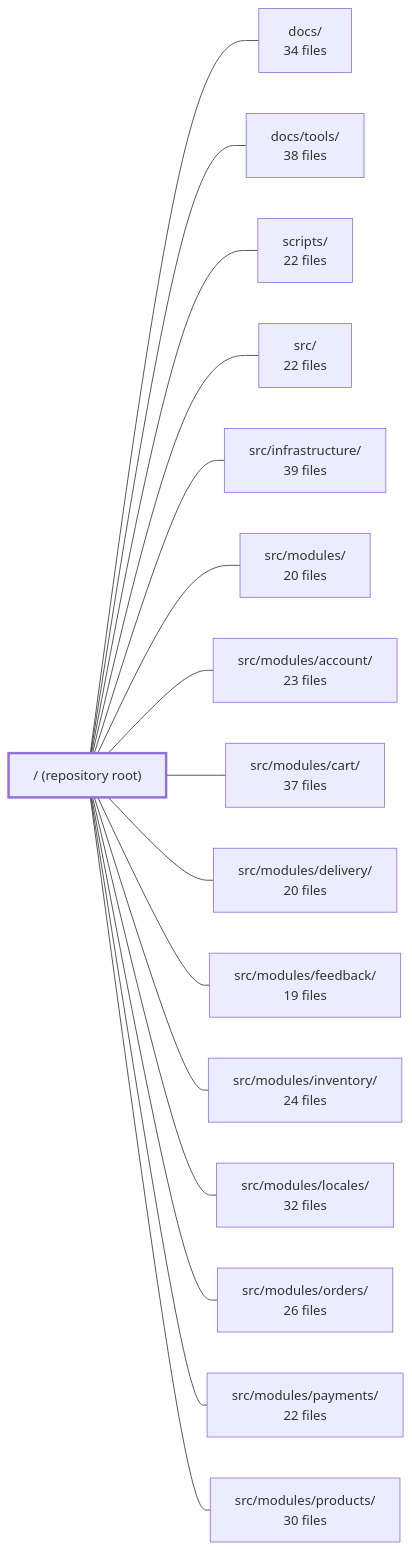
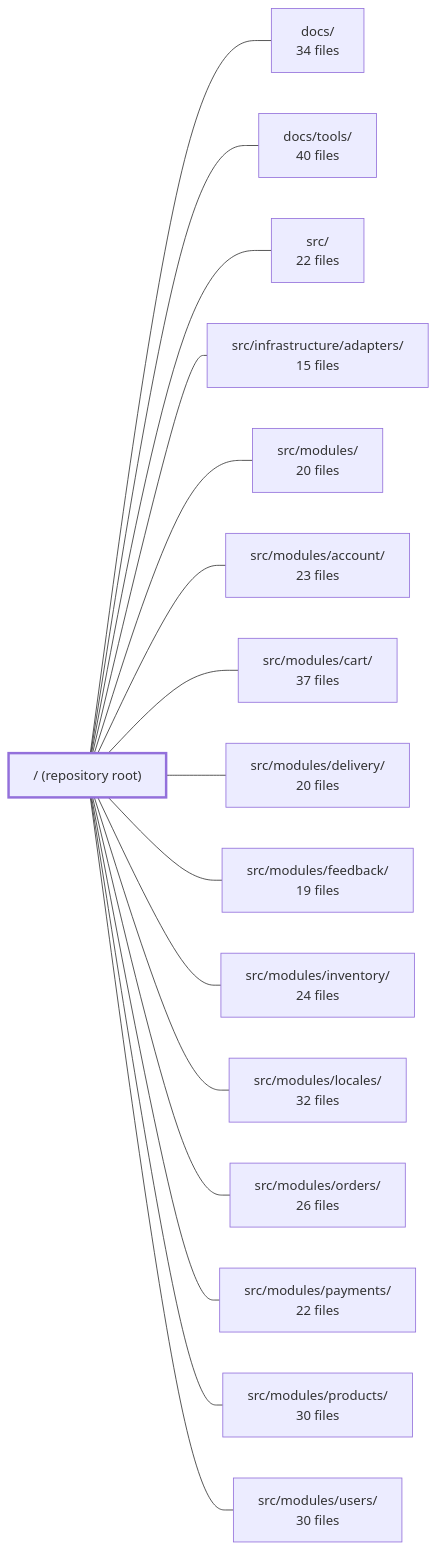
Before and after one commit to Guebbit/boilerplate-node-backend: the diagram in .2repo/modules/boilerplate-node-backend_ROOT.md, drawn with Mermaid. The commit also changed other lines of this file and 625 other files, not shown here.

````diff
--- a/.2repo/modules/boilerplate-node-backend_ROOT.md
+++ b/.2repo/modules/boilerplate-node-backend_ROOT.md
@@ -42,35 +41,35 @@
 ```mermaid
 flowchart LR
     m_root["/ (repository root)"]
     m_docs["docs/<br/>34 files"]
-    m_docs_tools["docs/tools/<br/>38 files"]
-    m_scripts["scripts/<br/>22 files"]
+    m_docs_tools["docs/tools/<br/>40 files"]
     m_src["src/<br/>22 files"]
-    m_src_infrastructure["src/infrastructure/<br/>39 files"]
+    m_src_infrastructure_adapters["src/infrastructure/adapters/<br/>15 files"]
     m_src_modules["src/modules/<br/>20 files"]
     m_src_modules_account["src/modules/account/<br/>23 files"]
     m_src_modules_cart["src/modules/cart/<br/>37 files"]
     m_src_modules_delivery["src/modules/delivery/<br/>20 files"]
     m_src_modules_feedback["src/modules/feedback/<br/>19 files"]
     m_src_modules_inventory["src/modules/inventory/<br/>24 files"]
     m_src_modules_locales["src/modules/locales/<br/>32 files"]
     m_src_modules_orders["src/modules/orders/<br/>26 files"]
     m_src_modules_payments["src/modules/payments/<br/>22 files"]
     m_src_modules_products["src/modules/products/<br/>30 files"]
+    m_src_modules_users["src/modules/users/<br/>30 files"]
     m_root --- m_docs
     m_root --- m_docs_tools
-    m_root --- m_scripts
     m_root --- m_src
-    m_root --- m_src_infrastructure
+    m_root --- m_src_infrastructure_adapters
     m_root --- m_src_modules
     m_root --- m_src_modules_account
     m_root --- m_src_modules_cart
     m_root --- m_src_modules_delivery
     m_root --- m_src_modules_feedback
     m_root --- m_src_modules_inventory
     m_root --- m_src_modules_locales
     m_root --- m_src_modules_orders
     m_root --- m_src_modules_payments
     m_root --- m_src_modules_products
+    m_root --- m_src_modules_users
     style m_root stroke-width:3px
 ```
````
